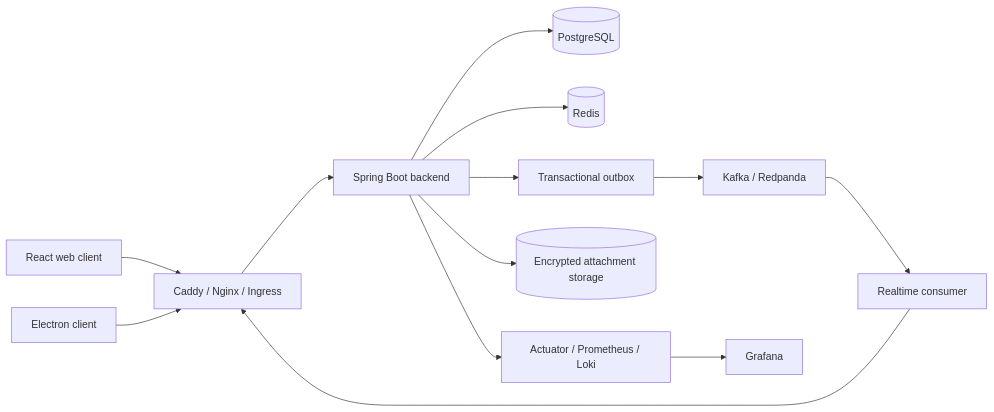
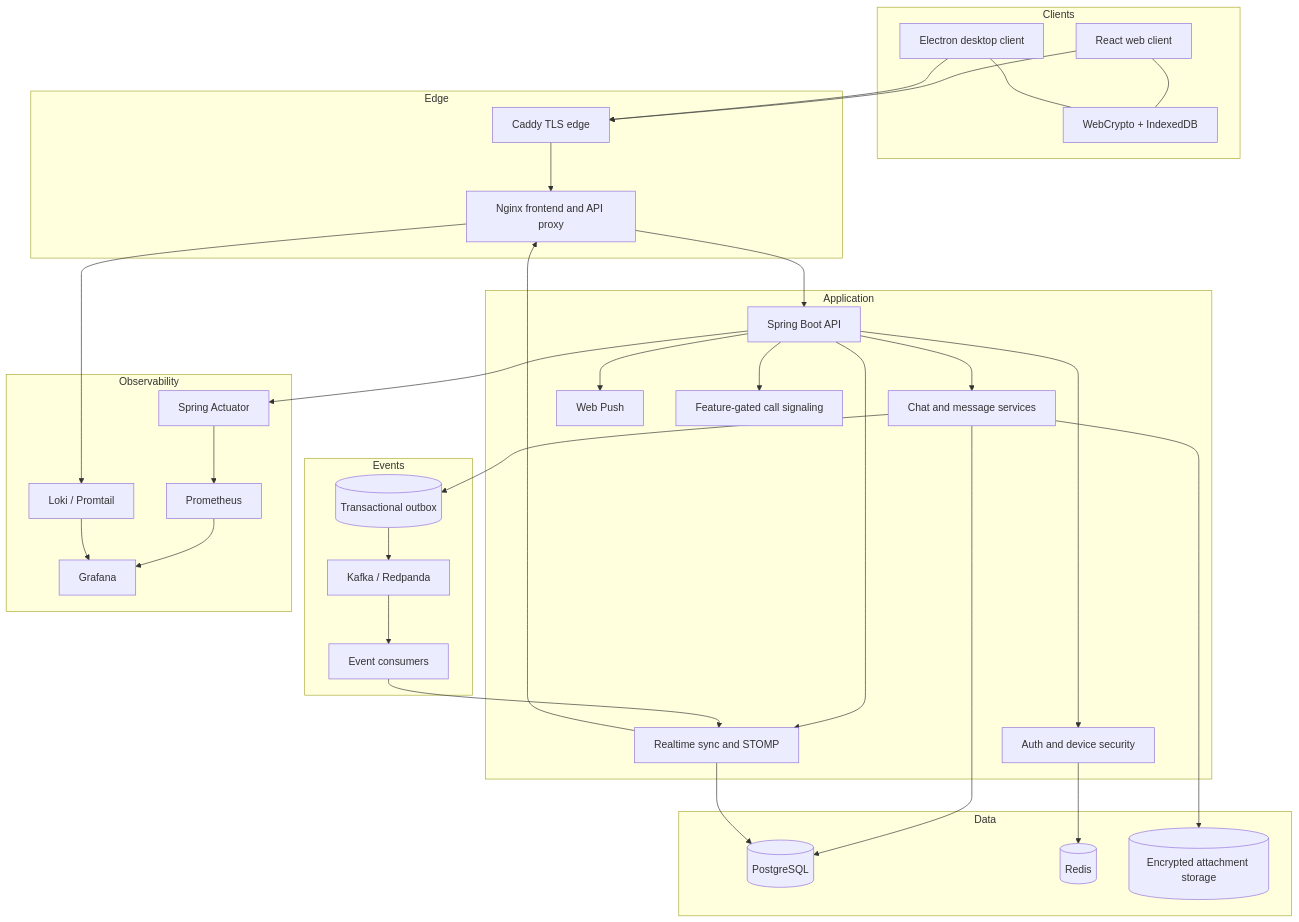
Before and after one commit to vaazhen/chaos-e2ee-messenger: the fifth of 6 diagrams in README.md, drawn with Mermaid. The commit also changed other lines of this file and 1 other file, not shown here.

````diff
--- a/README.md
+++ b/README.md
@@ -73,15 +263,67 @@
 ```mermaid
-flowchart LR
-    WEB[React web client] --> EDGE[Caddy / Nginx / Ingress]
-    DESKTOP[Electron client] --> EDGE
-    EDGE --> API[Spring Boot backend]
-    API --> PG[(PostgreSQL)]
-    API --> REDIS[(Redis)]
-    API --> OUTBOX[Transactional outbox]
-    OUTBOX --> KAFKA[Kafka / Redpanda]
-    KAFKA --> REALTIME[Realtime consumer]
-    REALTIME --> EDGE
-    API --> ATTACHMENTS[(Encrypted attachment storage)]
-    API --> OBS[Actuator / Prometheus / Loki]
-    OBS --> GRAFANA[Grafana]
+flowchart TB
+    subgraph Clients
+        WEB[React web client]
+        DESKTOP[Electron desktop client]
+        CRYPTO[WebCrypto + IndexedDB]
+        WEB --- CRYPTO
+        DESKTOP --- CRYPTO
+    end
+
+    subgraph Edge
+        CADDY[Caddy TLS edge]
+        NGINX[Nginx frontend and API proxy]
+    end
+
+    subgraph Application
+        API[Spring Boot API]
+        AUTH[Auth and device security]
+        CHAT[Chat and message services]
+        RT[Realtime sync and STOMP]
+        PUSH[Web Push]
+        CALLS[Feature-gated call signaling]
+    end
+
+    subgraph Data
+        PG[(PostgreSQL)]
+        REDIS[(Redis)]
+        BLOB[(Encrypted attachment storage)]
+    end
+
+    subgraph Events
+        OUTBOX[(Transactional outbox)]
+        KAFKA[Kafka / Redpanda]
+        WORKERS[Event consumers]
+    end
+
+    subgraph Observability
+        ACT[Spring Actuator]
+        PROM[Prometheus]
+        LOKI[Loki / Promtail]
+        GRAFANA[Grafana]
+    end
+
+    WEB --> CADDY
+    DESKTOP --> CADDY
+    CADDY --> NGINX
+    NGINX --> API
+    API --> AUTH
+    API --> CHAT
+    API --> RT
+    API --> PUSH
+    API --> CALLS
+    AUTH --> REDIS
+    CHAT --> PG
+    CHAT --> BLOB
+    CHAT --> OUTBOX
+    OUTBOX --> KAFKA
+    KAFKA --> WORKERS
+    WORKERS --> RT
+    RT --> PG
+    RT --> NGINX
+    API --> ACT
+    ACT --> PROM
+    NGINX --> LOKI
+    PROM --> GRAFANA
+    LOKI --> GRAFANA
 ```
````
